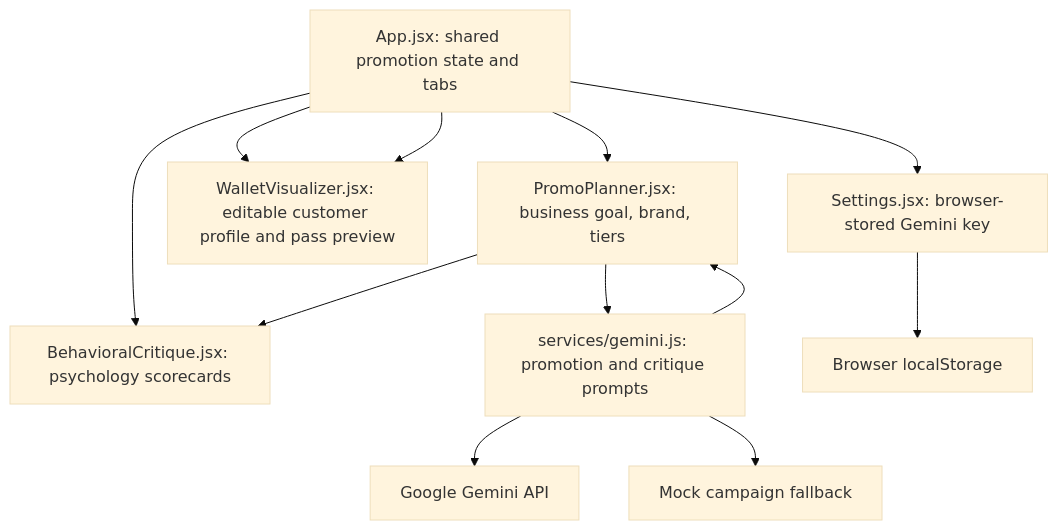
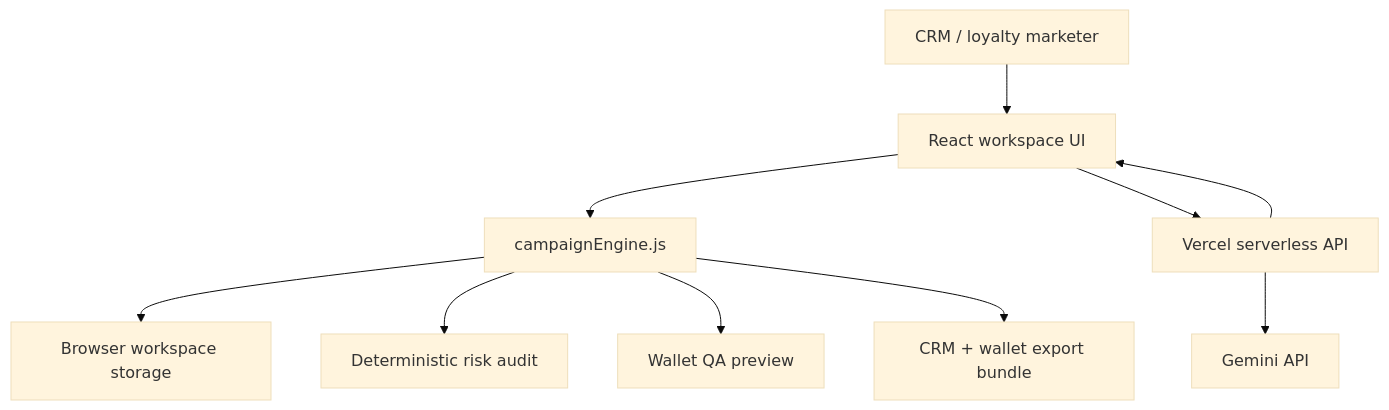
The diagram in README.md (mzubtsova/loyalty-boost-ai), drawn with Mermaid (base theme) before and after one commit. The commit also changed other lines of this file and 12 other files, not shown here.

````diff
--- a/README.md
+++ b/README.md
@@ -45,24 +85,22 @@
 ```mermaid
 flowchart TD
-    App["App.jsx: shared promotion state and tabs"]
-    Planner["PromoPlanner.jsx: business goal, brand, tiers"]
-    Wallet["WalletVisualizer.jsx: editable customer profile and pass preview"]
-    Critique["BehavioralCritique.jsx: psychology scorecards"]
-    Settings["Settings.jsx: browser-stored Gemini key"]
-    Gemini["services/gemini.js: promotion and critique prompts"]
-    LocalStorage["Browser localStorage"]
-    Mock["Mock campaign fallback"]
-    API["Google Gemini API"]
+    User["CRM / loyalty marketer"]
+    App["React workspace UI"]
+    Engine["campaignEngine.js"]
+    Storage["Browser workspace storage"]
+    API["Vercel serverless API"]
+    Gemini["Gemini API"]
+    Audit["Deterministic risk audit"]
+    Wallet["Wallet QA preview"]
+    Export["CRM + wallet export bundle"]
 
-    App --> Planner
-    App --> Wallet
-    App --> Critique
-    App --> Settings
-    Settings --> LocalStorage
-    Planner --> Gemini
-    Gemini --> API
-    Gemini --> Mock
-    Gemini --> Planner
-    Planner --> Critique
-    App --> Wallet
+    User --> App
+    App --> Engine
+    Engine --> Storage
+    App --> API
+    API --> Gemini
+    API --> App
+    Engine --> Audit
+    Engine --> Wallet
+    Engine --> Export
 ```
````
